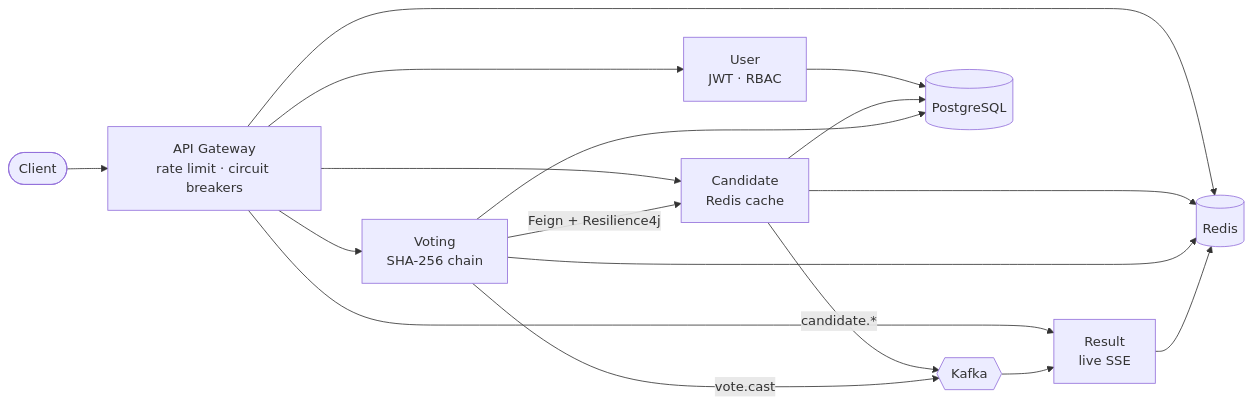
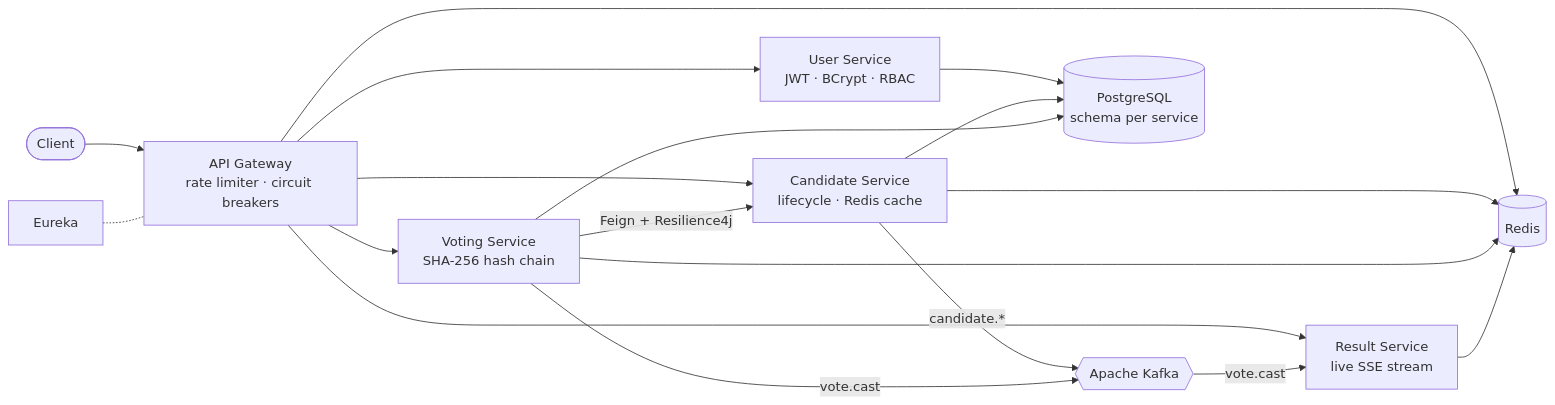
Before and after one commit to Vaibhav0710/Vaibhav0710: the diagram in README.md, drawn with Mermaid. The commit also changed other lines of this file and 11 other files, not shown here.

First line of the commit message:
Rebuild the profile README around custom animated SVG graphics

````diff
--- a/README.md
+++ b/README.md
@@ -57,14 +42,15 @@
 ```mermaid
 flowchart LR
-    C([Client]) --> GW["API Gateway<br/>rate limit · circuit breakers"]
-    GW --> US["User<br/>JWT · RBAC"]
-    GW --> CS["Candidate<br/>Redis cache"]
-    GW --> VS["Voting<br/>SHA-256 chain"]
-    GW --> RS["Result<br/>live SSE"]
-    VS -- Feign + Resilience4j --> CS
-    CS -- candidate.* --> K{{Kafka}}
-    VS -- vote.cast --> K
-    K --> RS
-    US & CS & VS --> PG[(PostgreSQL)]
+    C([Client]) --> GW["API Gateway<br/>rate limiter · circuit breakers"]
+    GW --> US["User Service<br/>JWT · BCrypt · RBAC"]
+    GW --> CS["Candidate Service<br/>lifecycle · Redis cache"]
+    GW --> VS["Voting Service<br/>SHA-256 hash chain"]
+    GW --> RS["Result Service<br/>live SSE stream"]
+    VS -- "Feign + Resilience4j" --> CS
+    CS -- "candidate.*" --> K{{Apache Kafka}}
+    VS -- "vote.cast" --> K
+    K -- "vote.cast" --> RS
+    US & CS & VS --> PG[("PostgreSQL<br/>schema per service")]
     GW & CS & VS & RS --> R[(Redis)]
+    EU["Eureka"] -.- GW
 ```
````
